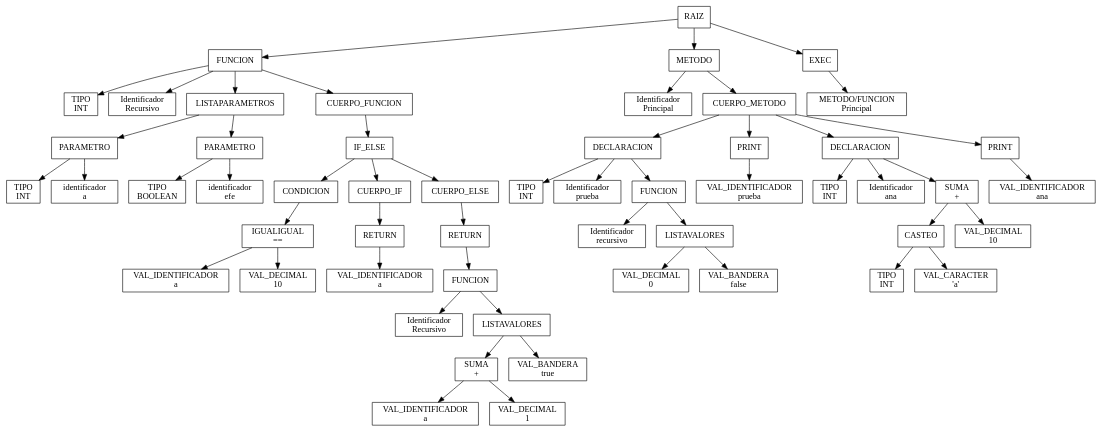
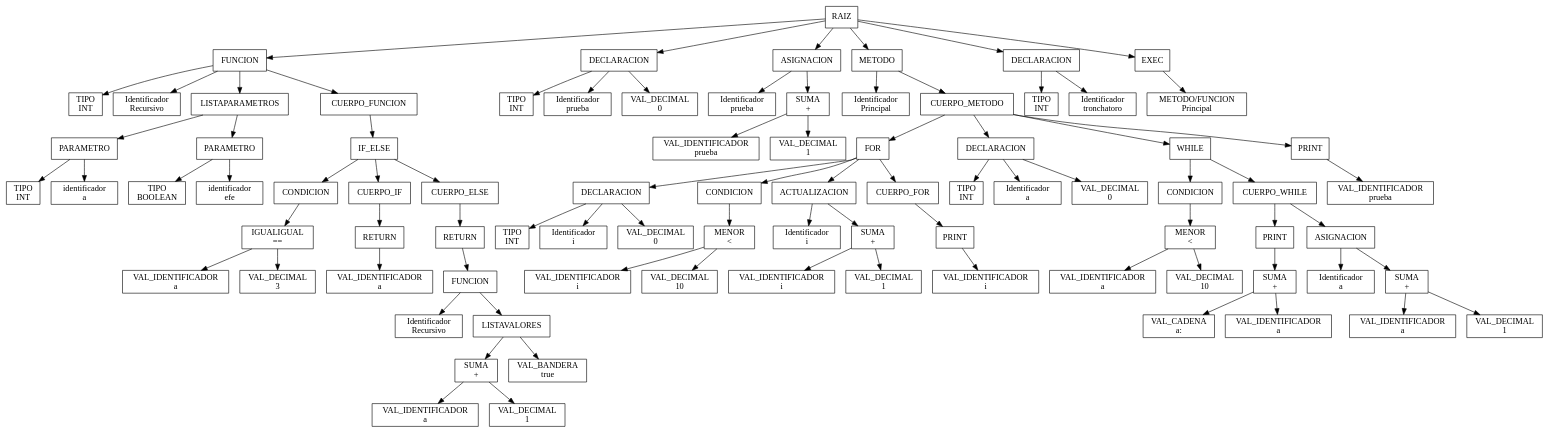
The diagram in backend/controller/ReporteAST/AST.dot (AngelArteaga1/OLC_Proyecto2_201901816), drawn with Graphviz before and after one commit. The commit also changed 16 other files, not shown here.

```diff
--- a/backend/controller/ReporteAST/AST.dot
+++ b/backend/controller/ReporteAST/AST.dot
@@ -1,108 +1,168 @@
 digraph G{node[shape="box"]Nodo0[label="RAIZ"];
 Nodo1[label="FUNCION"];
 Nodo0->Nodo1;
 Nodo2[label="TIPO \n INT"];
 Nodo1->Nodo2;
 Nodo3[label="Identificador \n Recursivo"];
 Nodo1->Nodo3;
 Nodo4[label="LISTAPARAMETROS"];
 Nodo1->Nodo4;
 Nodo5[label="PARAMETRO"];
 Nodo4->Nodo5;
 Nodo6[label="TIPO \n INT"];
 Nodo5->Nodo6;
 Nodo7[label="identificador \n a"];
 Nodo5->Nodo7;
 Nodo8[label="PARAMETRO"];
 Nodo4->Nodo8;
 Nodo9[label="TIPO \n BOOLEAN"];
 Nodo8->Nodo9;
 Nodo10[label="identificador \n efe"];
 Nodo8->Nodo10;
 Nodo11[label="CUERPO_FUNCION"];
 Nodo1->Nodo11;
 Nodo12[label="IF_ELSE"];
 Nodo11->Nodo12;
 Nodo13[label="CONDICION"];
 Nodo12->Nodo13;
 Nodo14[label=" IGUALIGUAL \n =="];
 Nodo13->Nodo14;
 Nodo15[label="VAL_IDENTIFICADOR \n a"];
 Nodo14->Nodo15;
-Nodo16[label="VAL_DECIMAL \n 10"];
+Nodo16[label="VAL_DECIMAL \n 3"];
 Nodo14->Nodo16;
 Nodo17[label="CUERPO_IF"];
 Nodo12->Nodo17;
 Nodo18[label="RETURN"];
 Nodo17->Nodo18;
 Nodo19[label="VAL_IDENTIFICADOR \n a"];
 Nodo18->Nodo19;
 Nodo20[label="CUERPO_ELSE"];
 Nodo12->Nodo20;
 Nodo21[label="RETURN"];
 Nodo20->Nodo21;
 Nodo22[label="FUNCION"];
 Nodo21->Nodo22;
 Nodo23[label="Identificador \n Recursivo"];
 Nodo22->Nodo23;
 Nodo24[label="LISTAVALORES"];
 Nodo22->Nodo24;
 Nodo25[label=" SUMA \n +"];
 Nodo24->Nodo25;
 Nodo26[label="VAL_IDENTIFICADOR \n a"];
 Nodo25->Nodo26;
 Nodo27[label="VAL_DECIMAL \n 1"];
 Nodo25->Nodo27;
 Nodo28[label="VAL_BANDERA \n true"];
 Nodo24->Nodo28;
-Nodo29[label="METODO"];
+Nodo29[label="DECLARACION"];
 Nodo0->Nodo29;
-Nodo30[label="Identificador \n Principal"];
+Nodo30[label="TIPO \n INT"];
 Nodo29->Nodo30;
-Nodo31[label="CUERPO_METODO"];
+Nodo31[label="Identificador \n prueba"];
 Nodo29->Nodo31;
-Nodo32[label="DECLARACION"];
-Nodo31->Nodo32;
-Nodo33[label="TIPO \n INT"];
-Nodo32->Nodo33;
+Nodo32[label="VAL_DECIMAL \n 0"];
+Nodo29->Nodo32;
+Nodo33[label="ASIGNACION"];
+Nodo0->Nodo33;
 Nodo34[label="Identificador \n prueba"];
-Nodo32->Nodo34;
-Nodo35[label="FUNCION"];
-Nodo32->Nodo35;
-Nodo36[label="Identificador \n recursivo"];
+Nodo33->Nodo34;
+Nodo35[label=" SUMA \n +"];
+Nodo33->Nodo35;
+Nodo36[label="VAL_IDENTIFICADOR \n prueba"];
 Nodo35->Nodo36;
-Nodo37[label="LISTAVALORES"];
+Nodo37[label="VAL_DECIMAL \n 1"];
 Nodo35->Nodo37;
-Nodo38[label="VAL_DECIMAL \n 0"];
-Nodo37->Nodo38;
-Nodo39[label="VAL_BANDERA \n false"];
-Nodo37->Nodo39;
-Nodo40[label="PRINT"];
-Nodo31->Nodo40;
-Nodo41[label="VAL_IDENTIFICADOR \n prueba"];
+Nodo38[label="METODO"];
+Nodo0->Nodo38;
+Nodo39[label="Identificador \n Principal"];
+Nodo38->Nodo39;
+Nodo40[label="CUERPO_METODO"];
+Nodo38->Nodo40;
+Nodo41[label="FOR"];
 Nodo40->Nodo41;
 Nodo42[label="DECLARACION"];
-Nodo31->Nodo42;
+Nodo41->Nodo42;
 Nodo43[label="TIPO \n INT"];
 Nodo42->Nodo43;
-Nodo44[label="Identificador \n ana"];
+Nodo44[label="Identificador \n i"];
 Nodo42->Nodo44;
-Nodo45[label=" SUMA \n +"];
+Nodo45[label="VAL_DECIMAL \n 0"];
 Nodo42->Nodo45;
-Nodo46[label="CASTEO"];
-Nodo45->Nodo46;
-Nodo47[label="TIPO \n INT"];
+Nodo46[label="CONDICION"];
+Nodo41->Nodo46;
+Nodo47[label=" MENOR \n <"];
 Nodo46->Nodo47;
-Nodo48[label="VAL_CARACTER \n 'a'"];
-Nodo46->Nodo48;
+Nodo48[label="VAL_IDENTIFICADOR \n i"];
+Nodo47->Nodo48;
 Nodo49[label="VAL_DECIMAL \n 10"];
-Nodo45->Nodo49;
-Nodo50[label="PRINT"];
-Nodo31->Nodo50;
-Nodo51[label="VAL_IDENTIFICADOR \n ana"];
+Nodo47->Nodo49;
+Nodo50[label="ACTUALIZACION"];
+Nodo41->Nodo50;
+Nodo51[label="Identificador \n i"];
 Nodo50->Nodo51;
-Nodo52[label="EXEC"];
-Nodo0->Nodo52;
-Nodo53[label="METODO/FUNCION \n Principal"];
+Nodo52[label=" SUMA \n +"];
+Nodo50->Nodo52;
+Nodo53[label="VAL_IDENTIFICADOR \n i"];
 Nodo52->Nodo53;
+Nodo54[label="VAL_DECIMAL \n 1"];
+Nodo52->Nodo54;
+Nodo55[label="CUERPO_FOR"];
+Nodo41->Nodo55;
+Nodo56[label="PRINT"];
+Nodo55->Nodo56;
+Nodo57[label="VAL_IDENTIFICADOR \n i"];
+Nodo56->Nodo57;
+Nodo58[label="DECLARACION"];
+Nodo40->Nodo58;
+Nodo59[label="TIPO \n INT"];
+Nodo58->Nodo59;
+Nodo60[label="Identificador \n a"];
+Nodo58->Nodo60;
+Nodo61[label="VAL_DECIMAL \n 0"];
+Nodo58->Nodo61;
+Nodo62[label="WHILE"];
+Nodo40->Nodo62;
+Nodo63[label="CONDICION"];
+Nodo62->Nodo63;
+Nodo64[label=" MENOR \n <"];
+Nodo63->Nodo64;
+Nodo65[label="VAL_IDENTIFICADOR \n a"];
+Nodo64->Nodo65;
+Nodo66[label="VAL_DECIMAL \n 10"];
+Nodo64->Nodo66;
+Nodo67[label="CUERPO_WHILE"];
+Nodo62->Nodo67;
+Nodo68[label="PRINT"];
+Nodo67->Nodo68;
+Nodo69[label=" SUMA \n +"];
+Nodo68->Nodo69;
+Nodo70[label="VAL_CADENA \n a: "];
+Nodo69->Nodo70;
+Nodo71[label="VAL_IDENTIFICADOR \n a"];
+Nodo69->Nodo71;
+Nodo72[label="ASIGNACION"];
+Nodo67->Nodo72;
+Nodo73[label="Identificador \n a"];
+Nodo72->Nodo73;
+Nodo74[label=" SUMA \n +"];
+Nodo72->Nodo74;
+Nodo75[label="VAL_IDENTIFICADOR \n a"];
+Nodo74->Nodo75;
+Nodo76[label="VAL_DECIMAL \n 1"];
+Nodo74->Nodo76;
+Nodo77[label="PRINT"];
+Nodo40->Nodo77;
+Nodo78[label="VAL_IDENTIFICADOR \n prueba"];
+Nodo77->Nodo78;
+Nodo79[label="DECLARACION"];
+Nodo0->Nodo79;
+Nodo80[label="TIPO \n INT"];
+Nodo79->Nodo80;
+Nodo81[label="Identificador \n tronchatoro"];
+Nodo79->Nodo81;
+Nodo82[label="EXEC"];
+Nodo0->Nodo82;
+Nodo83[label="METODO/FUNCION \n Principal"];
+Nodo82->Nodo83;
 }
```
